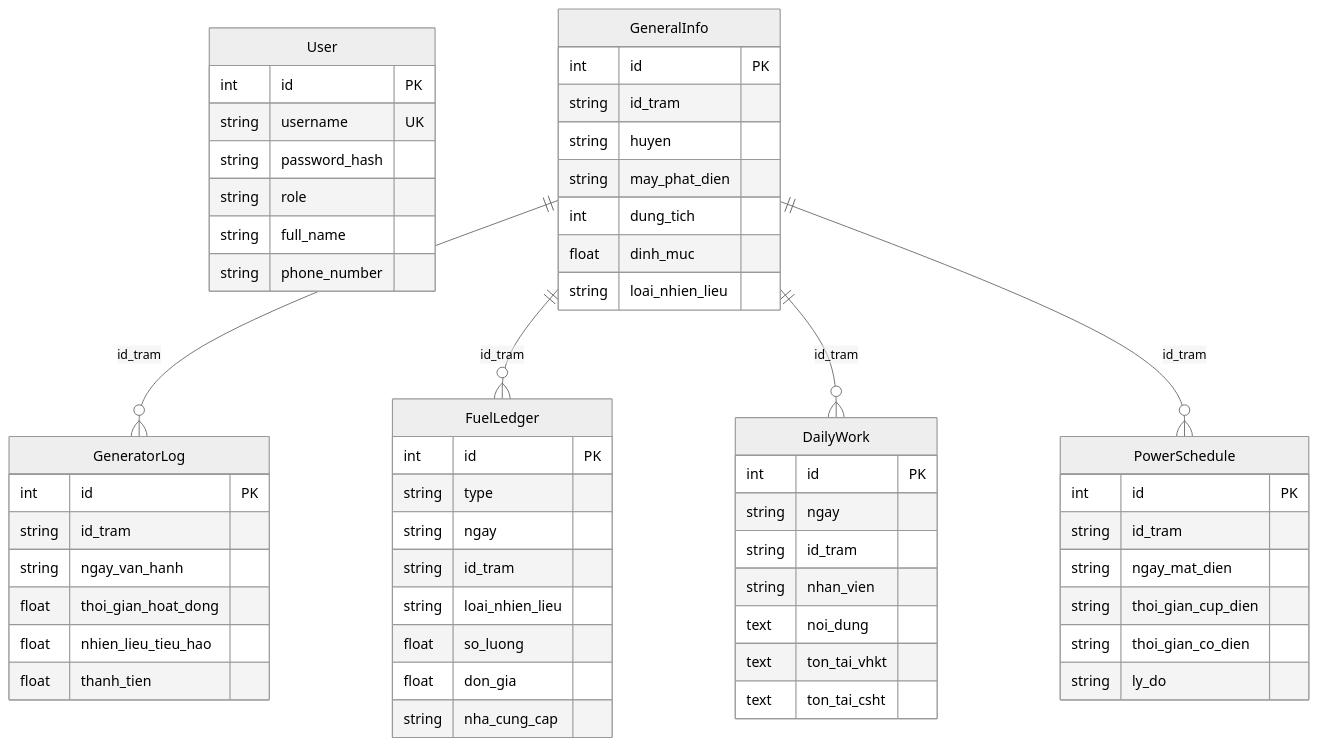
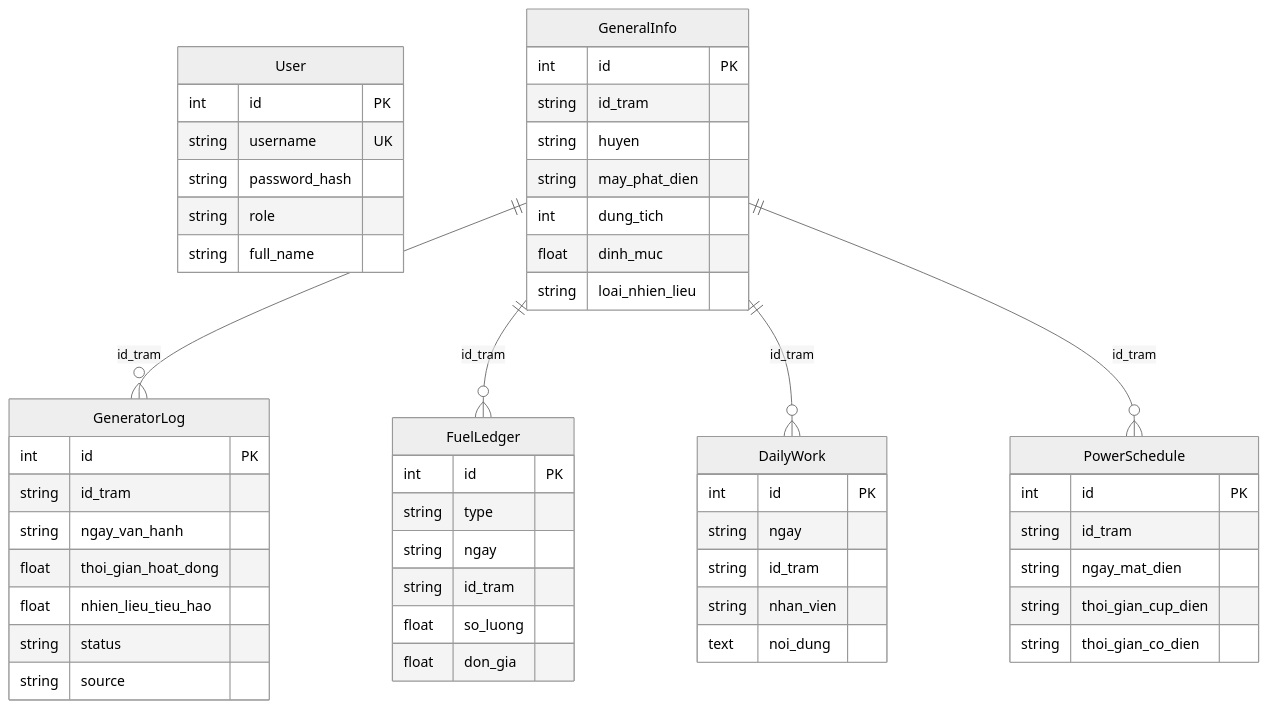
One commit to canglt1985-glitch/Generator changed the second of 2 diagrams in docs/architecture/system_overview.md. Above: the diagram before and after it, drawn with Mermaid (neutral theme). The commit also changed other lines of this file and 7 other files, not shown here.

````diff
--- a/docs/architecture/system_overview.md
+++ b/docs/architecture/system_overview.md
@@ -150,65 +180,60 @@
 ```mermaid
 erDiagram
     User {
         int id PK
         string username UK
         string password_hash
         string role
         string full_name
-        string phone_number
     }
 
     GeneralInfo {
         int id PK
         string id_tram
         string huyen
         string may_phat_dien
         int dung_tich
         float dinh_muc
         string loai_nhien_lieu
     }
 
     DailyWork {
         int id PK
         string ngay
         string id_tram
         string nhan_vien
         text noi_dung
-        text ton_tai_vhkt
-        text ton_tai_csht
     }
 
     GeneratorLog {
         int id PK
         string id_tram
         string ngay_van_hanh
         float thoi_gian_hoat_dong
         float nhien_lieu_tieu_hao
-        float thanh_tien
+        string status
+        string source
     }
 
     FuelLedger {
         int id PK
         string type
         string ngay
         string id_tram
-        string loai_nhien_lieu
         float so_luong
         float don_gia
-        string nha_cung_cap
     }
 
     PowerSchedule {
         int id PK
         string id_tram
         string ngay_mat_dien
         string thoi_gian_cup_dien
         string thoi_gian_co_dien
-        string ly_do
     }
 
     GeneralInfo ||--o{ GeneratorLog : "id_tram"
     GeneralInfo ||--o{ FuelLedger : "id_tram"
     GeneralInfo ||--o{ DailyWork : "id_tram"
     GeneralInfo ||--o{ PowerSchedule : "id_tram"
 ```
````
